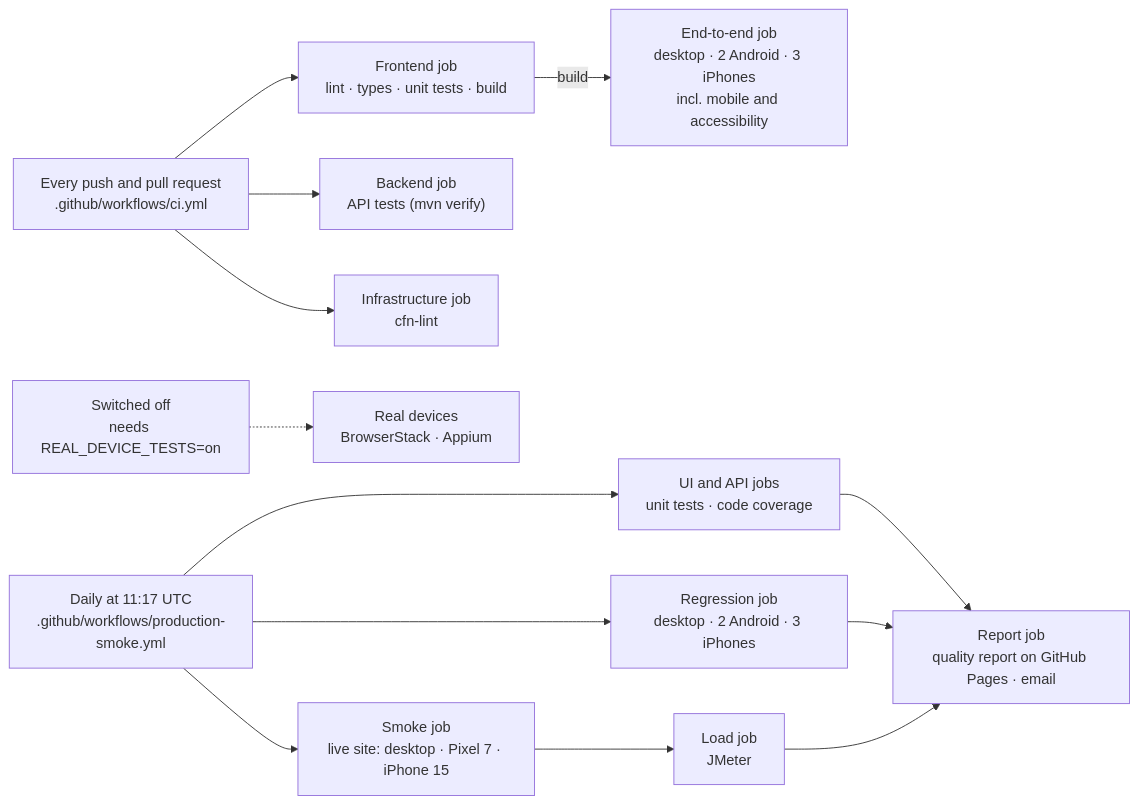
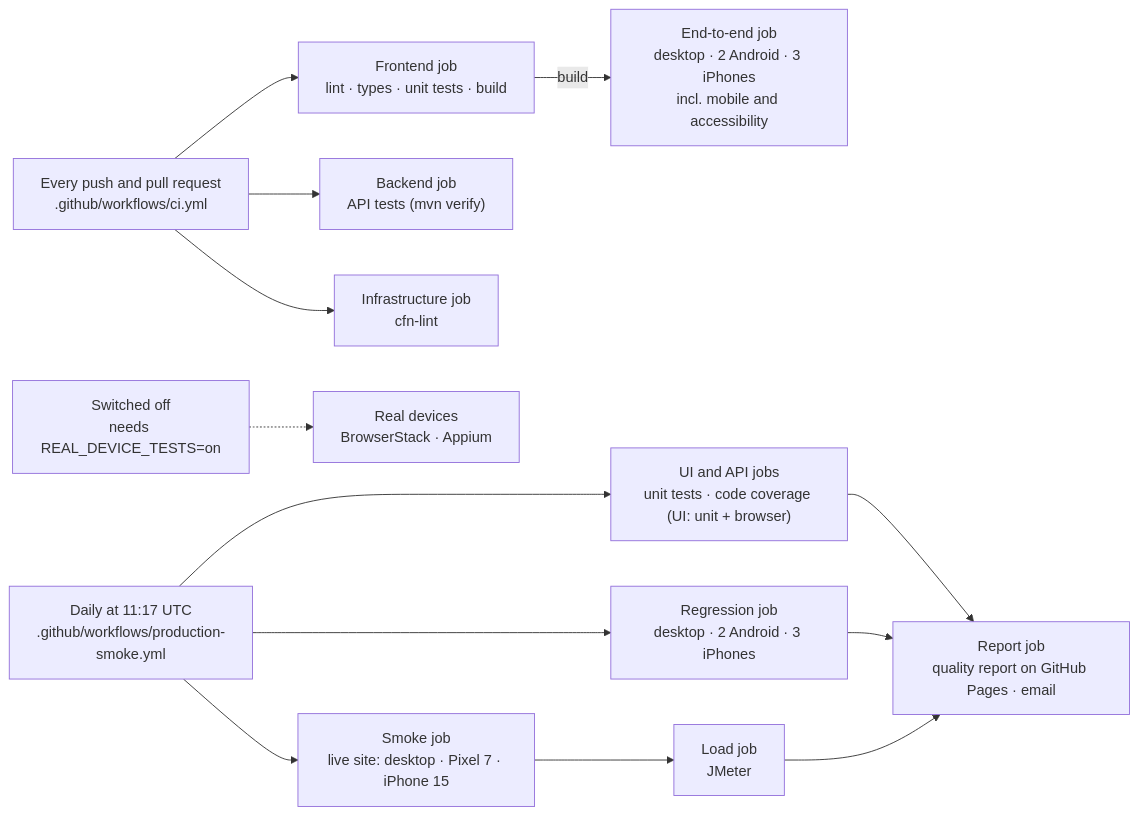
Before and after one commit to shane24sweeney/aboutshane: the first of 4 diagrams in docs/testing.md, drawn with Mermaid. The commit also changed 25 other files, not shown here.

First line of the commit message:
Count browser coverage: UI 98% lines / 92% branches, API 98% / 91%

````diff
--- a/docs/testing.md
+++ b/docs/testing.md
@@ -56,21 +56,21 @@
 ```mermaid
 flowchart LR
   push["Every push and pull request<br/>.github/workflows/ci.yml"]
   daily["Daily at 11:17 UTC<br/>.github/workflows/production-smoke.yml"]
   off["Switched off<br/>needs REAL_DEVICE_TESTS=on"]
 
   push --> frontend["Frontend job<br/>lint · types · unit tests · build"]
   push --> backend["Backend job<br/>API tests (mvn verify)"]
   push --> infra["Infrastructure job<br/>cfn-lint"]
   frontend -- "build" --> e2e["End-to-end job<br/>desktop · 2 Android · 3 iPhones<br/>incl. mobile and accessibility"]
 
-  daily --> unit["UI and API jobs<br/>unit tests · code coverage"]
+  daily --> unit["UI and API jobs<br/>unit tests · code coverage (UI: unit + browser)"]
   daily --> regression["Regression job<br/>desktop · 2 Android · 3 iPhones"]
   daily --> smoke["Smoke job<br/>live site: desktop · Pixel 7 · iPhone 15"]
   smoke --> load["Load job<br/>JMeter"]
   unit --> report["Report job<br/>quality report on GitHub Pages · email"]
   regression --> report
   load --> report
 
   off -.-> real["Real devices<br/>BrowserStack · Appium"]
 ```
````
